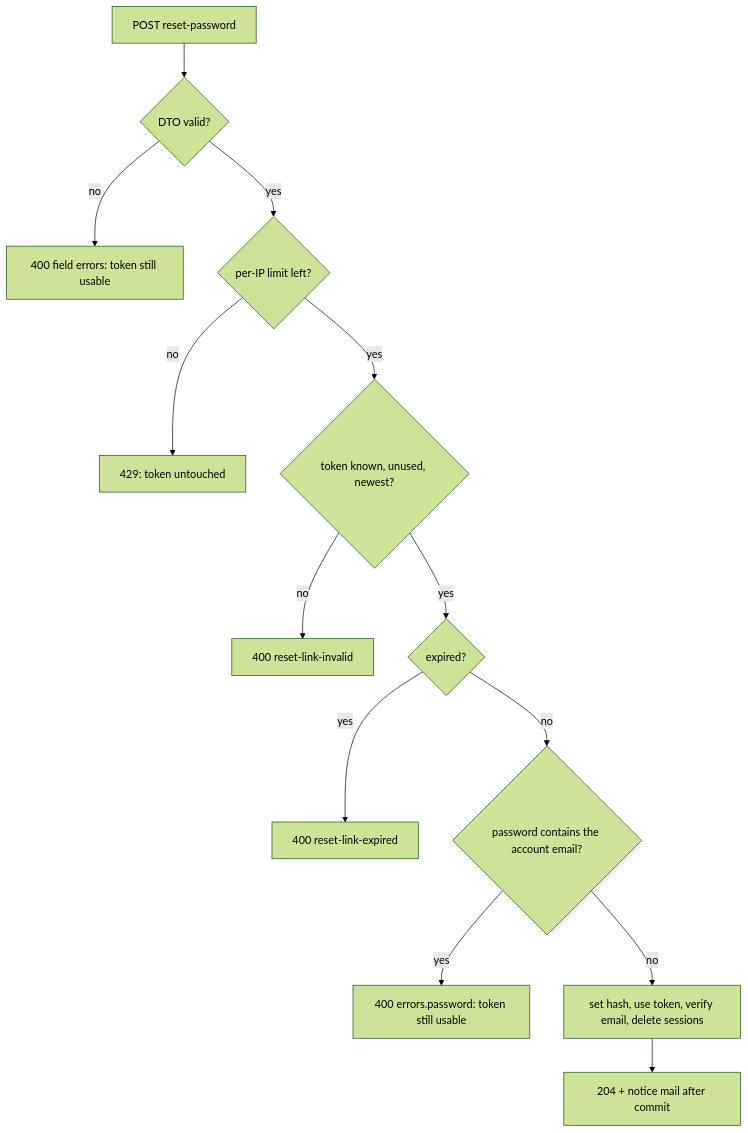
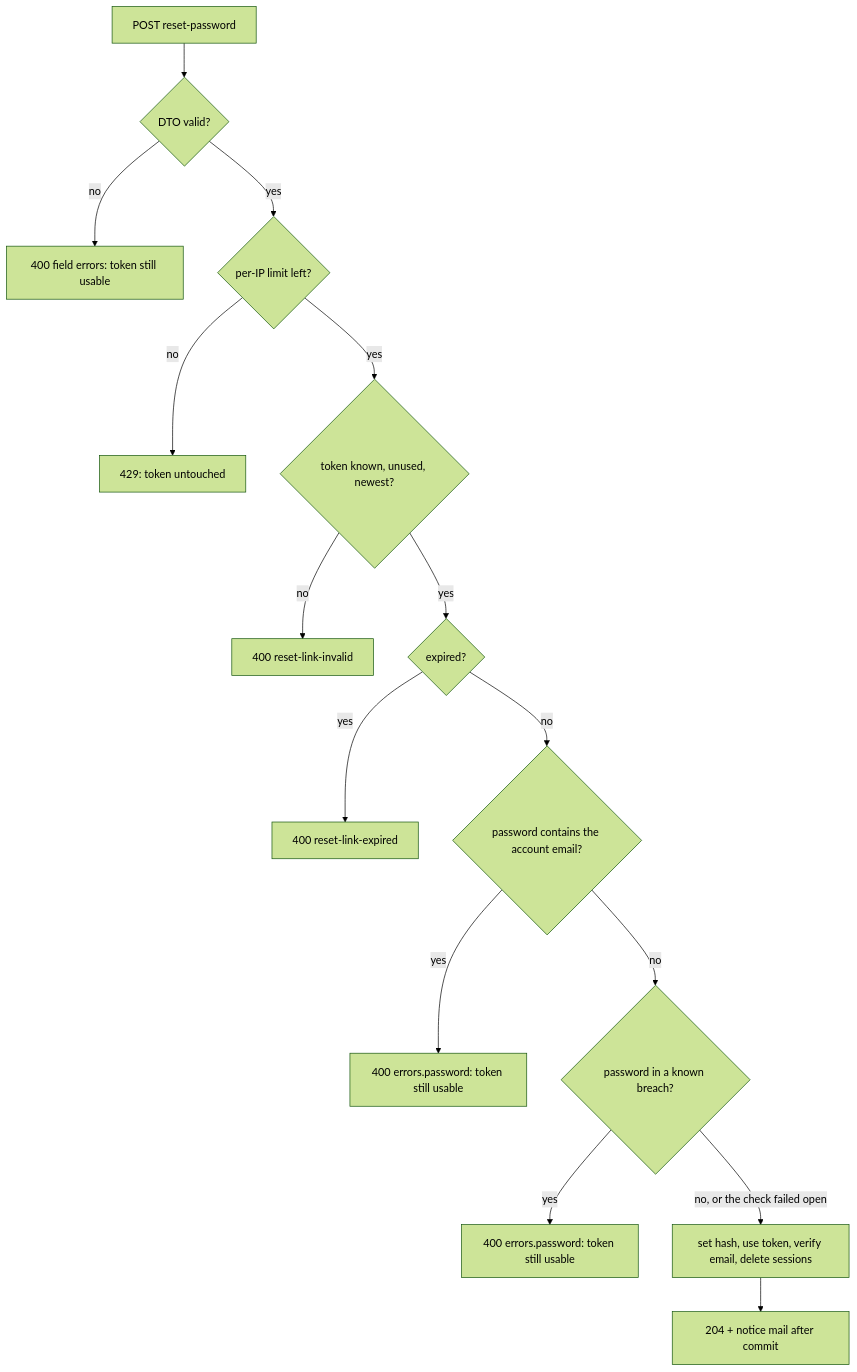
Before and after one commit to makeitfine-org/phrasal: the third of 3 diagrams in docs/diagrams/password-reset-flow.md, drawn with Mermaid (forest theme). The commit also changed other lines of this file and 14 other files, not shown here.

````diff
--- a/docs/diagrams/password-reset-flow.md
+++ b/docs/diagrams/password-reset-flow.md
@@ -56,15 +56,17 @@
 ```mermaid
 flowchart TD
     S[POST reset-password] --> D{DTO valid?}
     D -- no --> R400[400 field errors: token still usable]
     D -- yes --> IP{per-IP limit left?}
     IP -- no --> R429[429: token untouched]
     IP -- yes --> K{token known, unused, newest?}
     K -- no --> INV[400 reset-link-invalid]
     K -- yes --> X{expired?}
     X -- yes --> EXP[400 reset-link-expired]
     X -- no --> E{password contains the account email?}
     E -- yes --> POL[400 errors.password: token still usable]
-    E -- no --> APPLY[set hash, use token, verify email, delete sessions]
+    E -- no --> BR{password in a known breach?}
+    BR -- yes --> POL2[400 errors.password: token still usable]
+    BR -- "no, or the check failed open" --> APPLY[set hash, use token, verify email, delete sessions]
     APPLY --> OK[204 + notice mail after commit]
 ```
````
